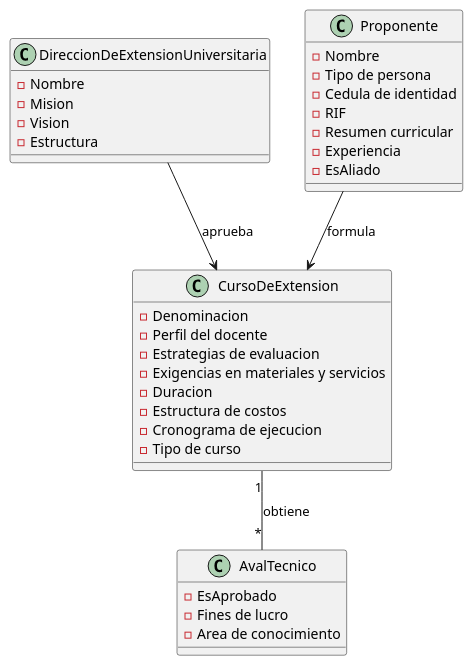
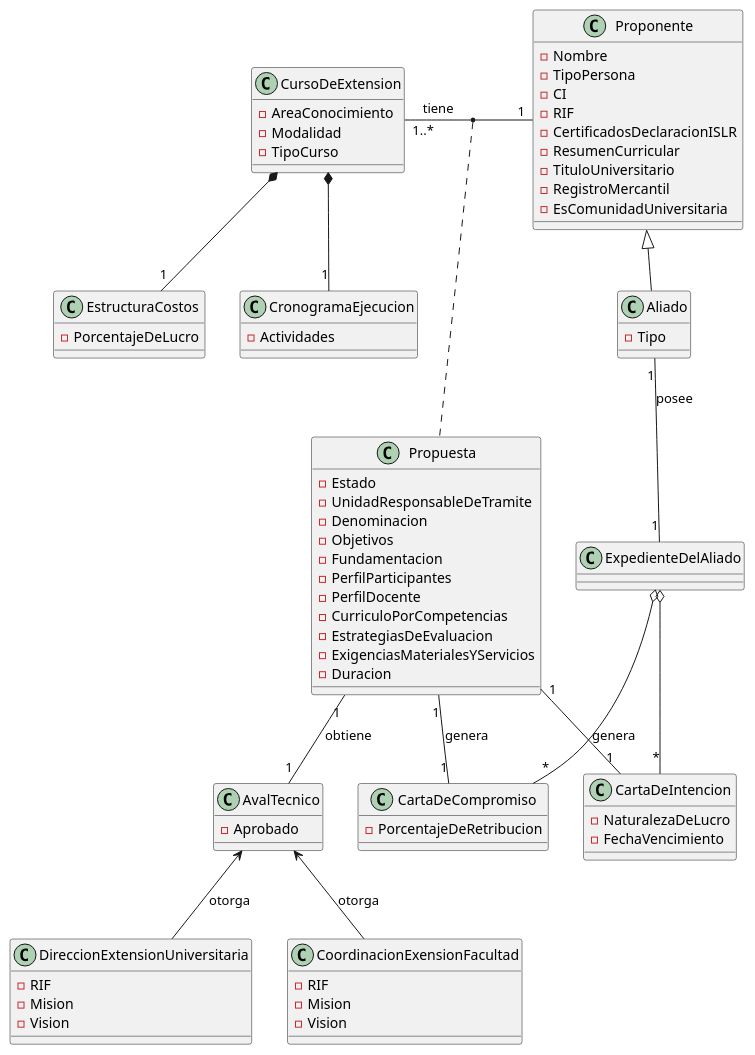
Before and after one commit to Samantha-Ramirez/ProyectoEquipo7ING: the diagram in docs/scenariosView/DiagramaDeClase.plantuml, drawn with PlantUML. The commit also changed 9 other files, not shown here.

```diff
--- a/docs/scenariosView/DiagramaDeClase.plantuml
+++ b/docs/scenariosView/DiagramaDeClase.plantuml
@@ -1,39 +1,93 @@
 @startuml DiagramaDeClase
-class DireccionDeExtensionUniversitaria {
-  - Nombre
+class DireccionExtensionUniversitaria {
+  - RIF
   - Mision
   - Vision
-  - Estructura
+}
+
+class CoordinacionExensionFacultad {
+  - RIF
+  - Mision
+  - Vision
 }
 
 class AvalTecnico {
-  - EsAprobado
-  - Fines de lucro
-  - Area de conocimiento
+  - Aprobado
 }
 
 class CursoDeExtension {
+  - AreaConocimiento 
+  - Modalidad
+  - TipoCurso
+}
+
+class EstructuraCostos {
+  - PorcentajeDeLucro
+}
+
+class CronogramaEjecucion {
+  - Actividades
+}
+
+class Propuesta {
+  - Estado
+  - UnidadResponsableDeTramite
   - Denominacion
-  - Perfil del docente
-  - Estrategias de evaluacion
-  - Exigencias en materiales y servicios
+  - Objetivos
+  - Fundamentacion 
+  - PerfilParticipantes
+  - PerfilDocente
+  - CurriculoPorCompetencias
+  - EstrategiasDeEvaluacion
+  - ExigenciasMaterialesYServicios
   - Duracion
-  - Estructura de costos
-  - Cronograma de ejecucion
-  - Tipo de curso
+}
+
+class Aliado {
+  - Tipo
 }
 
 class Proponente {
   - Nombre
-  - Tipo de persona
-  - Cedula de identidad
+  - TipoPersona
+  - CI
   - RIF
-  - Resumen curricular
-  - Experiencia
-  - EsAliado
+  - CertificadosDeclaracionISLR
+  - ResumenCurricular
+  - TituloUniversitario
+  - RegistroMercantil
+  - EsComunidadUniversitaria
 }
 
-DireccionDeExtensionUniversitaria --> CursoDeExtension : aprueba
-Proponente --> CursoDeExtension : formula
-CursoDeExtension "1" -- "*" AvalTecnico : obtiene
+class CartaDeIntencion {
+  - NaturalezaDeLucro
+  - FechaVencimiento
+}
+
+class CartaDeCompromiso {
+  - PorcentajeDeRetribucion
+}
+
+class ExpedienteDelAliado {
+}
+
+AvalTecnico <-- DireccionExtensionUniversitaria : otorga
+AvalTecnico <-- CoordinacionExensionFacultad : otorga
+
+CursoDeExtension *-- "1" CronogramaEjecucion
+CursoDeExtension *-- "1" EstructuraCostos 
+
+Proponente <|-- Aliado 
+
+CursoDeExtension "1..*" - "1" Proponente : tiene
+(CursoDeExtension , Proponente) .. Propuesta
+Propuesta "1" -- "1" AvalTecnico : obtiene
+
+ExpedienteDelAliado o-- "*" CartaDeIntencion 
+ExpedienteDelAliado o-- "*" CartaDeCompromiso 
+Aliado "1" -- "1" ExpedienteDelAliado : posee
+
+
+Propuesta "1" -- "1" CartaDeIntencion : genera
+Propuesta "1" -- "1" CartaDeCompromiso : genera
 @enduml
```
